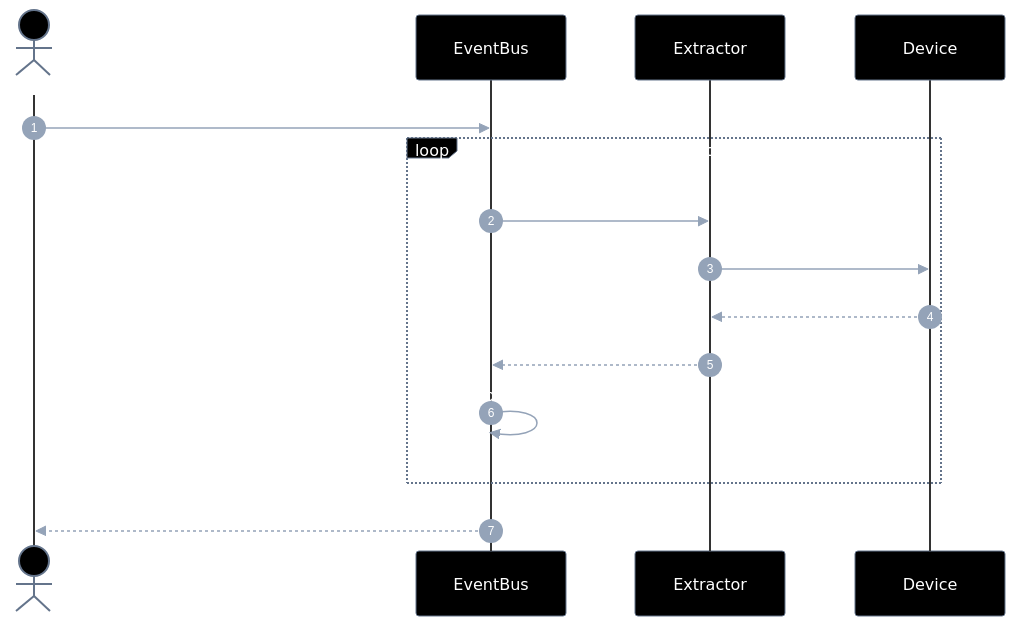
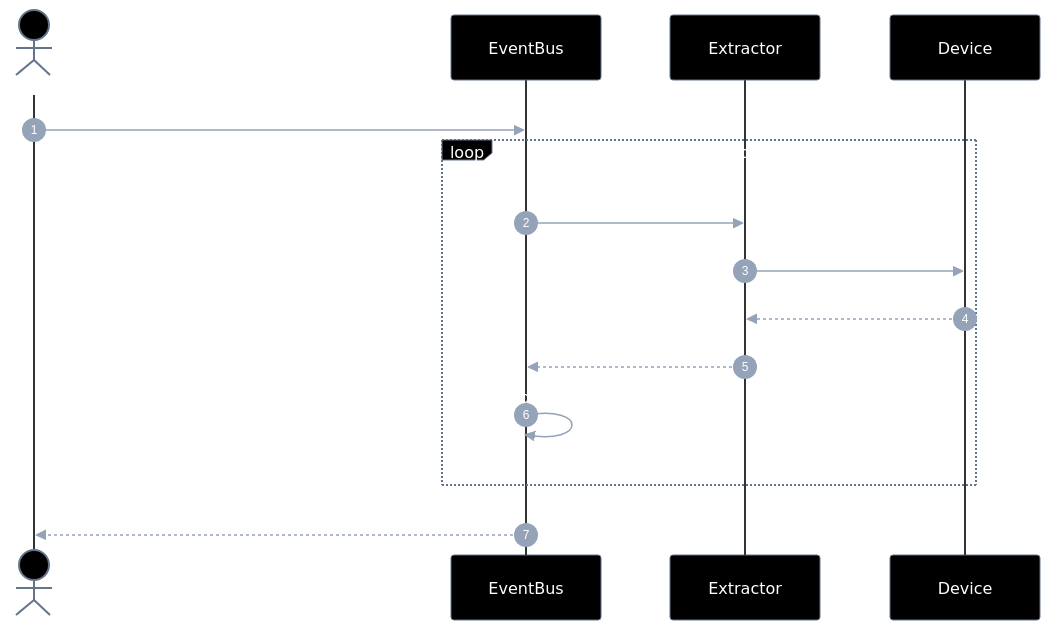
One commit to laerciogermano/workstation changed the fourth of 5 diagrams in connectmax/screen-robot/implementation-plan/EP-02-eventos-de-ui.md. Above: the diagram before and after it, drawn with Mermaid. The commit also changed other lines of this file and 2 other files, not shown here.

Commit message:
Troca waitFor* por on(evento) nos planos de eventos de UI.

````diff
--- a/connectmax/screen-robot/implementation-plan/EP-02-eventos-de-ui.md
+++ b/connectmax/screen-robot/implementation-plan/EP-02-eventos-de-ui.md
@@ -323,59 +323,59 @@
 ```mermaid
 ---
 config:
   theme: base
   themeVariables:
     darkMode: true
     background: '#000000'
     primaryColor: '#000000'
     primaryTextColor: '#ffffff'
     primaryBorderColor: '#64748b'
     secondaryColor: '#000000'
     secondaryTextColor: '#ffffff'
     secondaryBorderColor: '#64748b'
     tertiaryColor: '#000000'
     tertiaryTextColor: '#ffffff'
     tertiaryBorderColor: '#64748b'
     lineColor: '#64748b'
     textColor: '#ffffff'
     mainBkg: '#000000'
     nodeBorder: '#64748b'
     clusterBkg: '#000000'
     clusterBorder: '#333333'
     titleColor: '#ffffff'
     edgeLabelBackground: '#000000'
     actorBkg: '#000000'
     actorBorder: '#64748b'
     actorTextColor: '#ffffff'
     actorLineColor: '#333333'
     signalColor: '#94a3b8'
     signalTextColor: '#ffffff'
     labelBoxBkgColor: '#000000'
     labelBoxBorderColor: '#64748b'
     labelTextColor: '#ffffff'
     loopTextColor: '#ffffff'
     noteBorderColor: '#64748b'
     noteBkgColor: '#111111'
     noteTextColor: '#ffffff'
     activationBorderColor: '#64748b'
     activationBkgColor: '#1a1a1a'
     sequenceNumberColor: '#ffffff'
     classText: '#ffffff'
 ---
 sequenceDiagram
   autonumber
   actor Dev as Caller
   participant E as EventBus
   participant X as Extractor
   participant D as Device
 
-  Dev->>E: waitForDumpChange(serial, previousXml?, opts)
+  Dev->>E: on("dump_change", { serial, previousXml?, ...opts })
   loop até hash ≠ previous ou timeout
     E->>X: dumpUiXml(serial)
     X->>D: uiautomator dump
     D-->>X: xml
     X-->>E: xml
     E->>E: hash ≠ previous?
   end
-  E-->>Dev: { xml, changed: true }
+  E-->>Dev: on("dump_change", { xml, changed: true })
 ```
````
